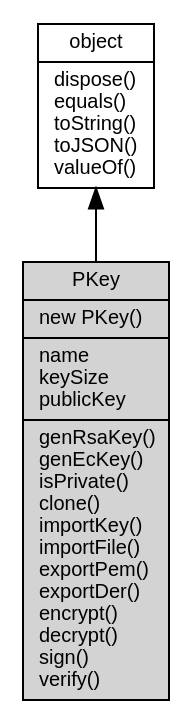
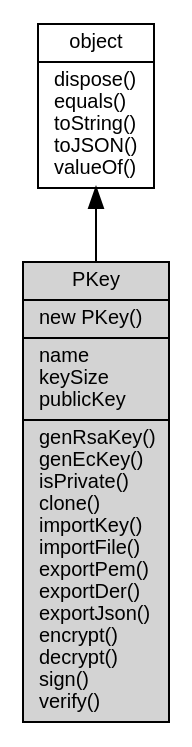
One commit to fibjs/fibjs.org changed the diagram in docs/manual/object/ifs/PKey.md. Above: the diagram before and after it, drawn with Graphviz. The commit also changed other lines of this file and 6 other files, not shown here.

````diff
--- a/docs/manual/object/ifs/PKey.md
+++ b/docs/manual/object/ifs/PKey.md
@@ -11,10 +11,10 @@
 ```dot
 digraph {
     node [fontname="Helvetica,sans-Serif", fontsize=10, shape="record", style="filled", fillcolor="white"];
 
     object [tooltip="object", URL="object.md", label="{object|dispose()\lequals()\ltoString()\ltoJSON()\lvalueOf()\l}"];
-    PKey [tooltip="PKey", fillcolor="lightgray", label="{PKey|new PKey()\l|name\lkeySize\lpublicKey\l|genRsaKey()\lgenEcKey()\lisPrivate()\lclone()\limportKey()\limportFile()\lexportPem()\lexportDer()\lencrypt()\ldecrypt()\lsign()\lverify()\l}"];
+    PKey [tooltip="PKey", fillcolor="lightgray", label="{PKey|new PKey()\l|name\lkeySize\lpublicKey\l|genRsaKey()\lgenEcKey()\lisPrivate()\lclone()\limportKey()\limportFile()\lexportPem()\lexportDer()\lexportJson()\lencrypt()\ldecrypt()\lsign()\lverify()\l}"];
 
     object -> PKey [dir=back];
 }
 ```
````
